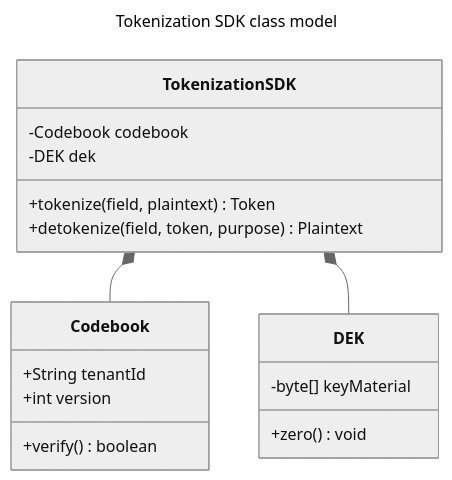
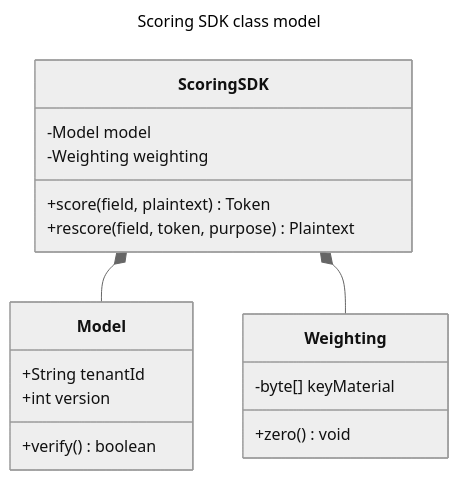
One commit to SlideWright/lattice changed the third of 25 diagrams in lib/components/diagram/diagram/diagram.gallery.md. Above: the diagram before and after it, drawn with Mermaid (neutral theme). The commit also changed other lines of this file and 4 other files, not shown here.

First line of the commit message:
content: re-theme the diagram + baseline showcase decks off codebook

````diff
--- a/lib/components/diagram/diagram/diagram.gallery.md
+++ b/lib/components/diagram/diagram/diagram.gallery.md
@@ -108,23 +108,23 @@
 ```mermaid
 ---
-title: Tokenization SDK class model
+title: Scoring SDK class model
 ---
 classDiagram
-  class TokenizationSDK {
-    -Codebook codebook
-    -DEK dek
-    +tokenize(field, plaintext) Token
-    +detokenize(field, token, purpose) Plaintext
+  class ScoringSDK {
+    -Model model
+    -Weighting weighting
+    +score(field, plaintext) Token
+    +rescore(field, token, purpose) Plaintext
   }
-  class Codebook {
+  class Model {
     +String tenantId
     +int version
     +verify() boolean
   }
-  class DEK {
+  class Weighting {
     -byte[] keyMaterial
     +zero() void
   }
-  TokenizationSDK *-- Codebook
-  TokenizationSDK *-- DEK
+  ScoringSDK *-- Model
+  ScoringSDK *-- Weighting
 ```
````
